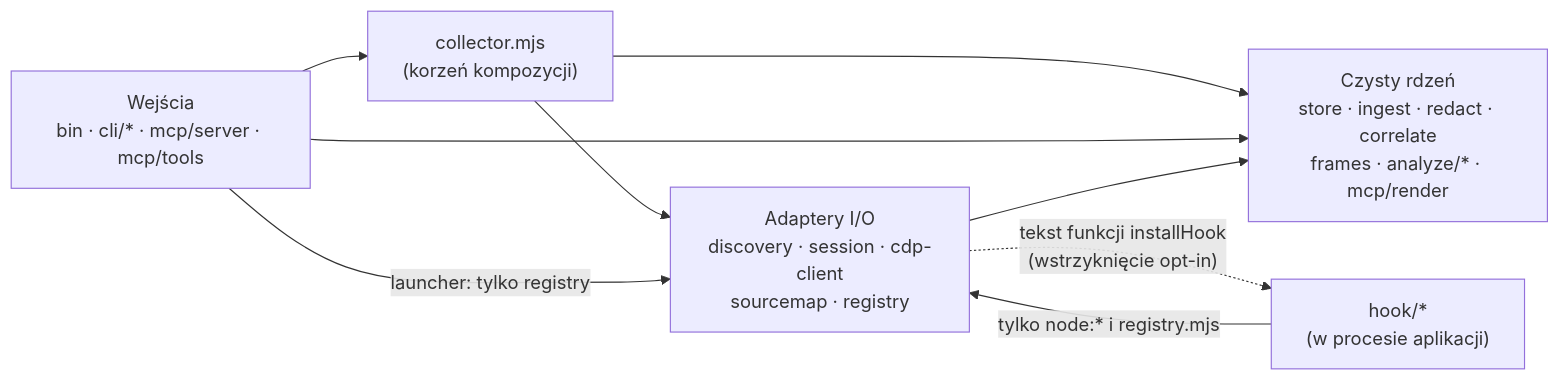
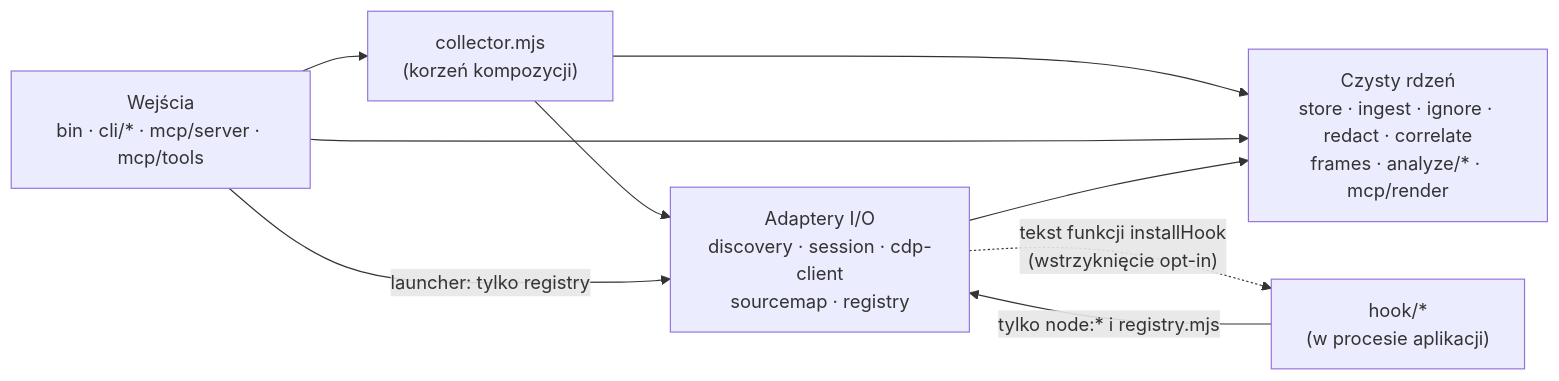
Before and after one commit to jakubprill/node-outbound-inspector: the second of 3 diagrams in docs/architecture.md, drawn with Mermaid. The commit also changed other lines of this file and 10 other files, not shown here.

````diff
--- a/docs/architecture.md
+++ b/docs/architecture.md
@@ -200,16 +201,16 @@
 ```mermaid
 flowchart LR
   IN["Wejścia<br/>bin · cli/* · mcp/server · mcp/tools"]
   ROOT["collector.mjs<br/>(korzeń kompozycji)"]
   IO["Adaptery I/O<br/>discovery · session · cdp-client<br/>sourcemap · registry"]
-  CORE["Czysty rdzeń<br/>store · ingest · redact · correlate<br/>frames · analyze/* · mcp/render"]
+  CORE["Czysty rdzeń<br/>store · ingest · ignore · redact · correlate<br/>frames · analyze/* · mcp/render"]
   HOOK["hook/*<br/>(w procesie aplikacji)"]
   IN --> ROOT
   ROOT --> IO
   ROOT --> CORE
   IN --> CORE
   IN -->|"launcher: tylko registry"| IO
   IO --> CORE
   HOOK -->|"tylko node:* i registry.mjs"| IO
   IO -.->|"tekst funkcji installHook<br/>(wstrzyknięcie opt-in)"| HOOK
 ```
````
